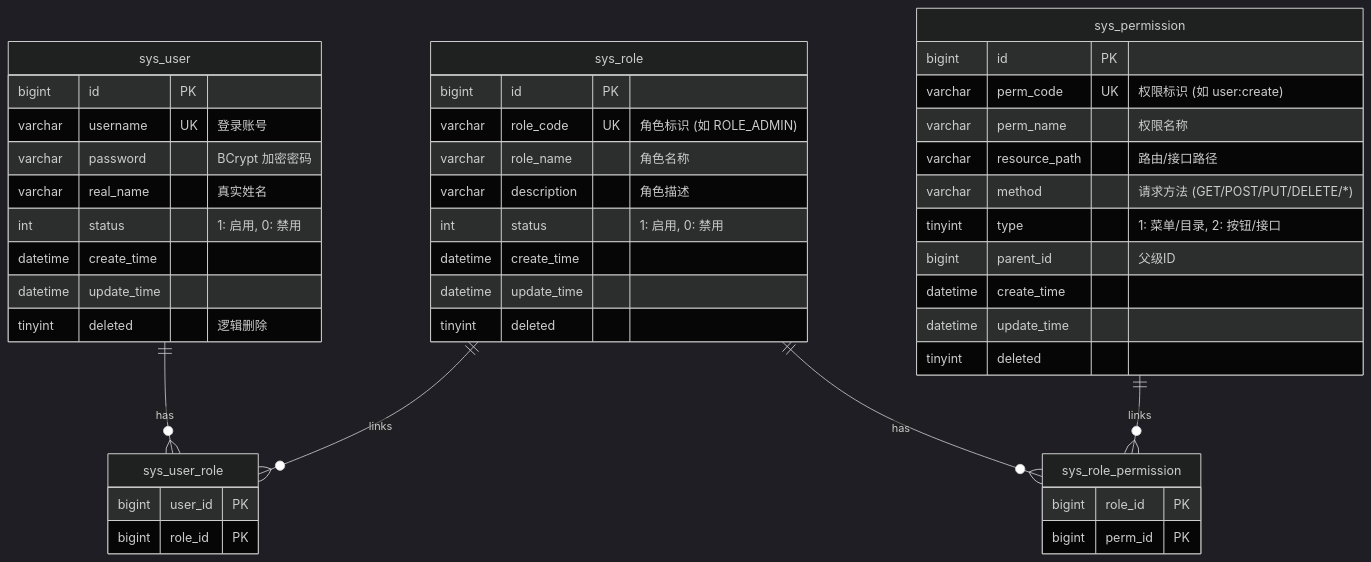
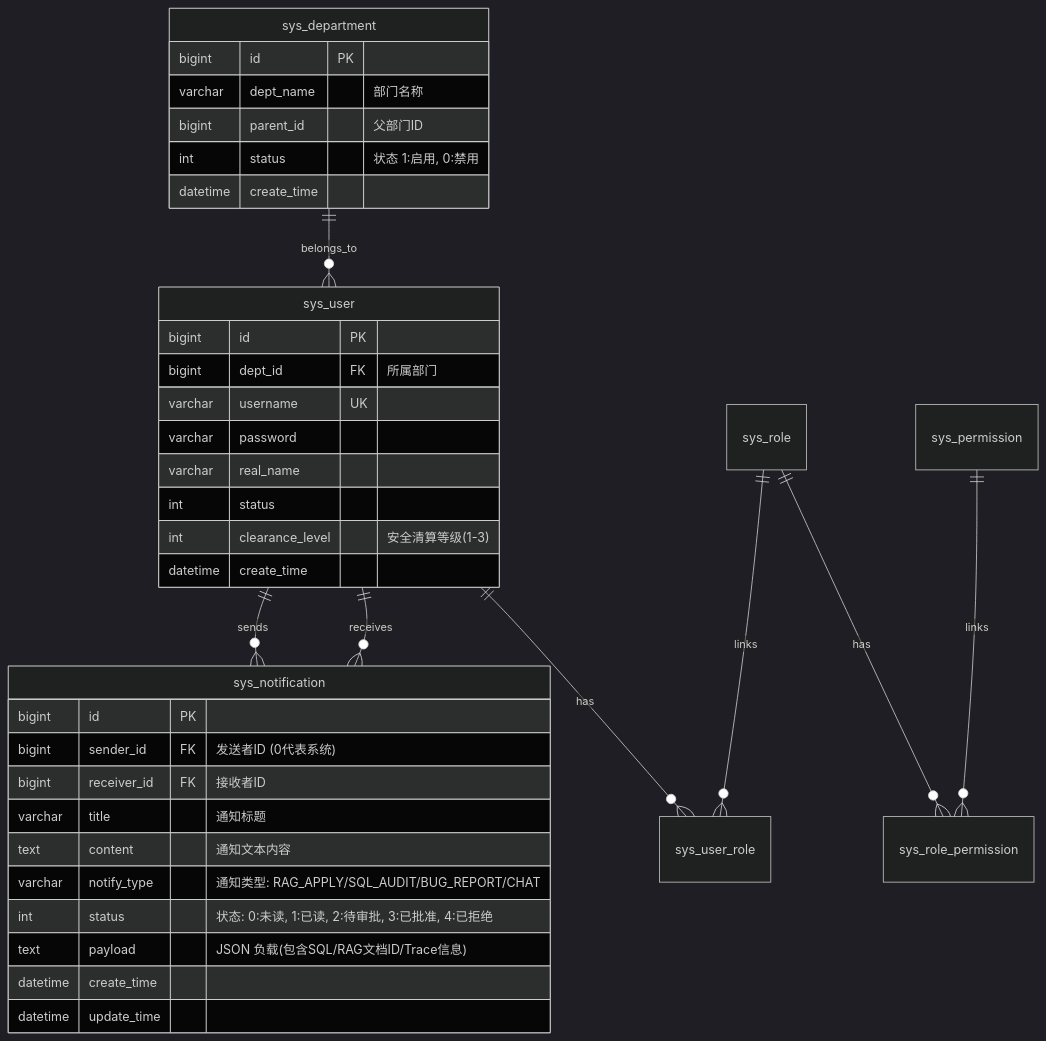
The second of 2 diagrams in docs/RBAC_DESIGN.md (linchuanbin-tmp/Project), drawn with Mermaid (dark theme) before and after one commit. The commit also changed other lines of this file and 40 other files, not shown here.

````diff
--- a/docs/RBAC_DESIGN.md
+++ b/docs/RBAC_DESIGN.md
@@ -24,52 +95,42 @@
 ```mermaid
 erDiagram
+    sys_department ||--o{ sys_user : belongs_to
     sys_user ||--o{ sys_user_role : has
     sys_role ||--o{ sys_user_role : links
     sys_role ||--o{ sys_role_permission : has
     sys_permission ||--o{ sys_role_permission : links
+    sys_user ||--o{ sys_notification : sends
+    sys_user ||--o{ sys_notification : receives
+
+    sys_department {
+        bigint id PK
+        varchar dept_name "部门名称"
+        bigint parent_id "父部门ID"
+        int status "状态 1:启用, 0:禁用"
+        datetime create_time
+    }
 
     sys_user {
         bigint id PK
-        varchar username UK "登录账号"
-        varchar password "BCrypt 加密密码"
-        varchar real_name "真实姓名"
-        int status "1: 启用, 0: 禁用"
+        bigint dept_id FK "所属部门"
+        varchar username UK
+        varchar password
+        varchar real_name
+        int status
+        int clearance_level "安全清算等级(1-3)"
+        datetime create_time
+    }
+
+    sys_notification {
+        bigint id PK
+        bigint sender_id FK "发送者ID (0代表系统)"
+        bigint receiver_id FK "接收者ID"
+        varchar title "通知标题"
+        text content "通知文本内容"
+        varchar notify_type "通知类型: RAG_APPLY/SQL_AUDIT/BUG_REPORT/CHAT"
+        int status "状态: 0:未读, 1:已读, 2:待审批, 3:已批准, 4:已拒绝"
+        text payload "JSON 负载(包含SQL/RAG文档ID/Trace信息)"
         datetime create_time
         datetime update_time
-        tinyint deleted "逻辑删除"
-    }
-
-    sys_role {
-        bigint id PK
-        varchar role_code UK "角色标识 (如 ROLE_ADMIN)"
-        varchar role_name "角色名称"
-        varchar description "角色描述"
-        int status "1: 启用, 0: 禁用"
-        datetime create_time
-        datetime update_time
-        tinyint deleted
-    }
-
-    sys_permission {
-        bigint id PK
-        varchar perm_code UK "权限标识 (如 user:create)"
-        varchar perm_name "权限名称"
-        varchar resource_path "路由/接口路径"
-        varchar method "请求方法 (GET/POST/PUT/DELETE/*)"
-        tinyint type "1: 菜单/目录, 2: 按钮/接口"
-        bigint parent_id "父级ID"
-        datetime create_time
-        datetime update_time
-        tinyint deleted
-    }
-
-    sys_user_role {
-        bigint user_id PK
-        bigint role_id PK
-    }
-
-    sys_role_permission {
-        bigint role_id PK
-        bigint perm_id PK
     }
 ```
````
